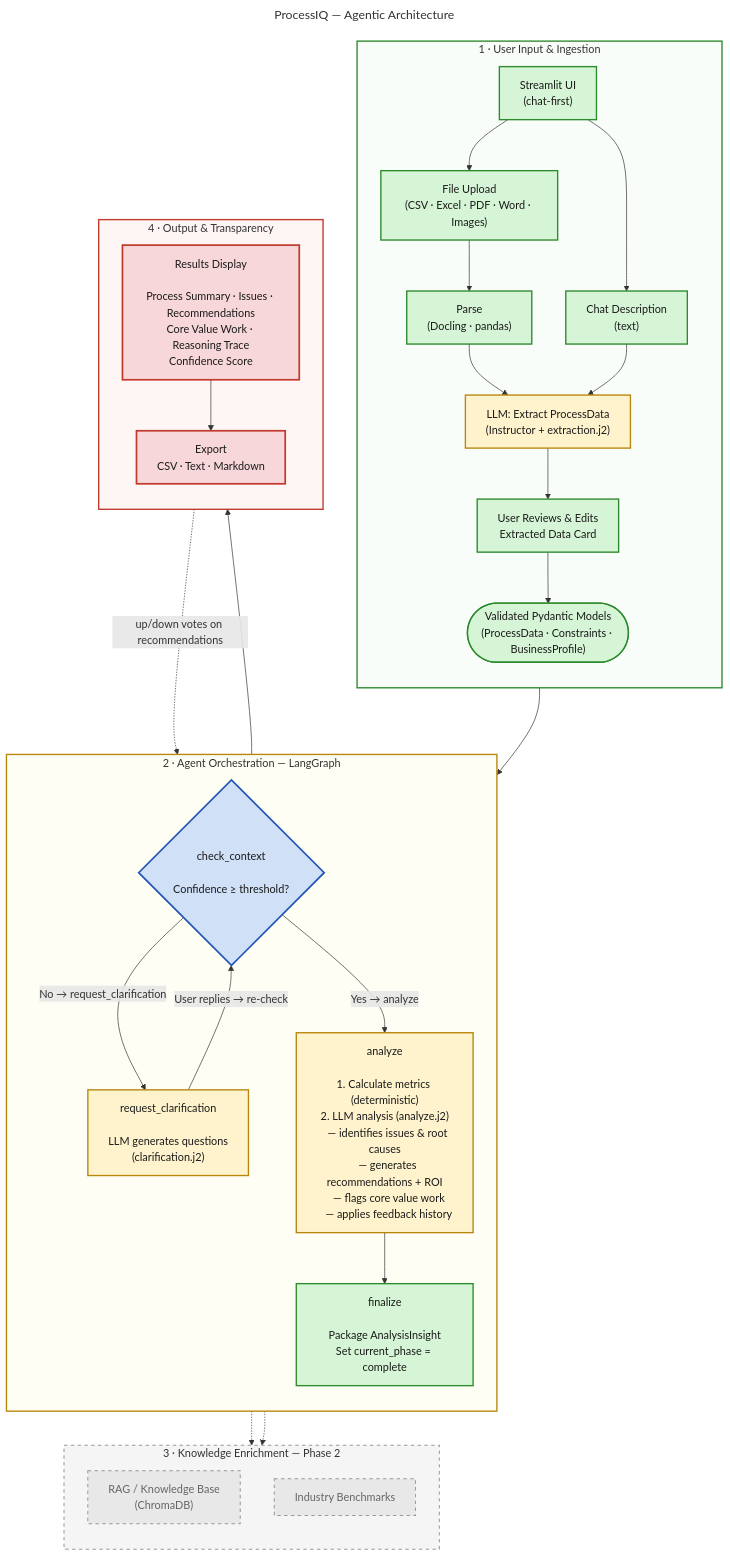
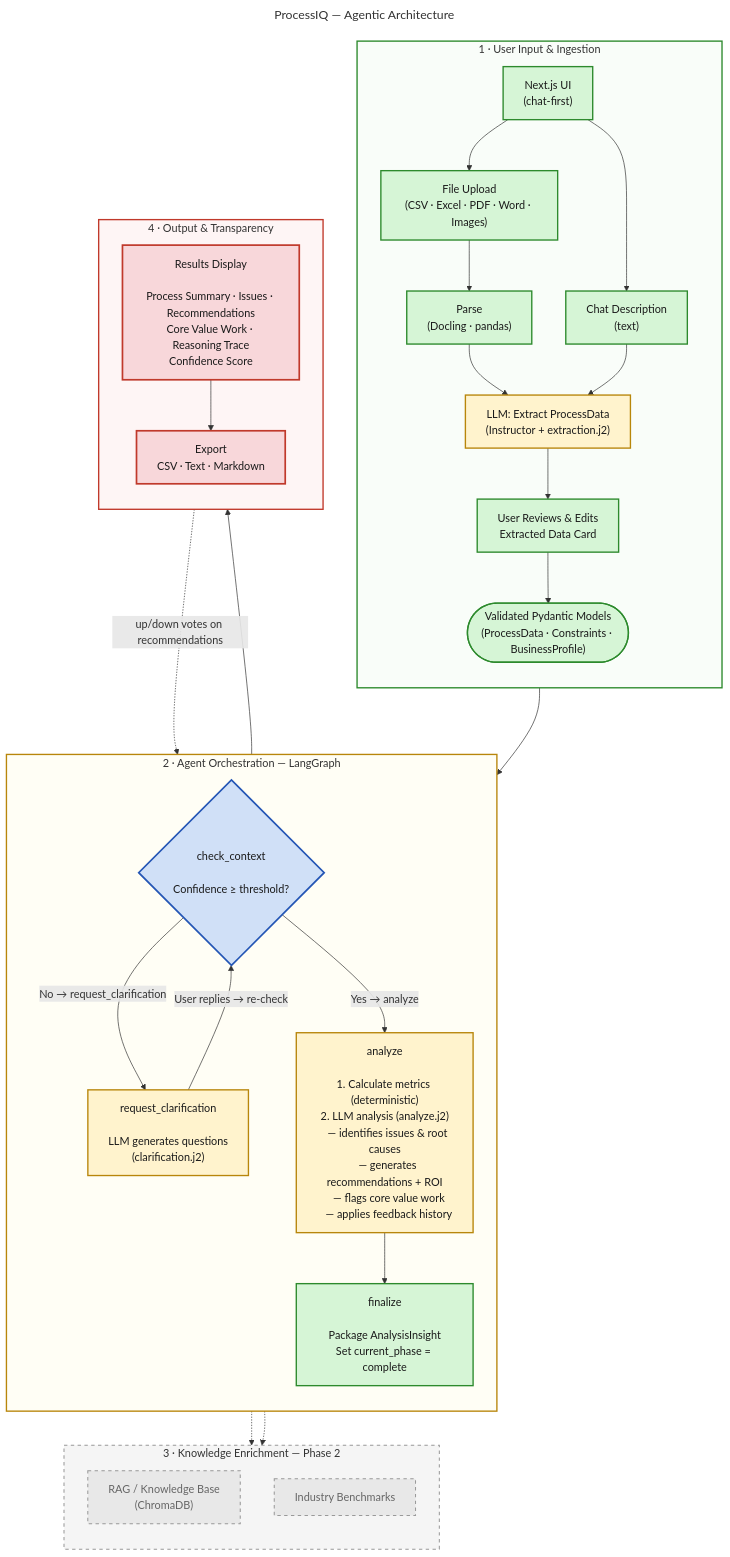
One commit to SkybrushThriftwood/processIQ changed the diagram in docs/architecture_diagram.mmd. Above: the diagram before and after it, drawn with Mermaid. The commit also changed 48 other files, not shown here.

```diff
--- a/docs/architecture_diagram.mmd
+++ b/docs/architecture_diagram.mmd
@@ -1,74 +1,74 @@
 ---
 title: ProcessIQ — Agentic Architecture
 ---
 flowchart TD
     %% Styling
     classDef deterministic fill:#d6f5d6,stroke:#2d8a2d,stroke-width:2px,color:#1a1a1a
     classDef agentic fill:#fff3cd,stroke:#b8860b,stroke-width:2px,color:#1a1a1a
     classDef decision fill:#d0e0f7,stroke:#2456b5,stroke-width:2.5px,color:#1a1a1a
     classDef output fill:#f8d7da,stroke:#c0392b,stroke-width:2.5px,color:#1a1a1a
     classDef phase2 fill:#e8e8e8,stroke:#999,stroke-width:1.5px,stroke-dasharray:5 5,color:#666
 
     %% ── 1. INPUT & INGESTION ──
     subgraph Ingestion ["1 · User Input & Ingestion"]
         direction TB
-        UI["Streamlit UI<br>(chat-first)"]:::deterministic
+        UI["Next.js UI<br>(chat-first)"]:::deterministic
         FILES["File Upload<br>(CSV · Excel · PDF · Word · Images)"]:::deterministic
         CHAT["Chat Description<br>(text)"]:::deterministic
 
         UI --> FILES
         UI --> CHAT
 
         FILES --> PARSE["Parse<br>(Docling · pandas)"]:::deterministic
         PARSE --> EXTRACT
         CHAT --> EXTRACT["LLM: Extract ProcessData<br>(Instructor + extraction.j2)"]:::agentic
         EXTRACT --> REVIEW["User Reviews &amp; Edits<br>Extracted Data Card"]:::deterministic
         REVIEW --> VALID
 
         VALID(["Validated Pydantic Models<br>(ProcessData · Constraints · BusinessProfile)"]):::deterministic
     end
 
     %% ── 2. AGENT CORE (LANGGRAPH) ──
     subgraph Agent ["2 · Agent Orchestration — LangGraph"]
         direction TB
 
         CTX{"check_context<br><br>Confidence ≥ threshold?"}:::decision
         CTX -- "No → request_clarification" --> CLARIFY["request_clarification<br><br>LLM generates questions<br>(clarification.j2)"]:::agentic
         CLARIFY -- "User replies → re-check" --> CTX
 
         CTX -- "Yes → analyze" --> ANALYZE["analyze<br><br>1. Calculate metrics (deterministic)<br>2. LLM analysis (analyze.j2)<br>   — identifies issues &amp; root causes<br>   — generates recommendations + ROI<br>   — flags core value work<br>   — applies feedback history"]:::agentic
 
         ANALYZE --> FINALIZE["finalize<br><br>Package AnalysisInsight<br>Set current_phase = complete"]:::deterministic
     end
 
     %% ── 3. KNOWLEDGE ENRICHMENT (Phase 2) ──
     subgraph Knowledge ["3 · Knowledge Enrichment — Phase 2"]
         direction TB
         RAG["RAG / Knowledge Base<br>(ChromaDB)"]:::phase2
         BENCH["Industry Benchmarks"]:::phase2
     end
 
     %% ── 4. OUTPUT ──
     subgraph Output ["4 · Output & Transparency"]
         direction TB
         RESULT["Results Display<br><br>Process Summary · Issues · Recommendations<br>Core Value Work · Reasoning Trace<br>Confidence Score"]:::output
         EXPORT["Export<br>CSV · Text · Markdown"]:::output
         RESULT --> EXPORT
     end
 
     %% ── Cross-subgraph connections ──
     VALID --> CTX
     FINALIZE --> RESULT
 
     %% Feedback loop (session-scoped)
     EXPORT -. "up/down votes on recommendations" .-> ANALYZE
 
     %% Phase 2
     CLARIFY -.-> RAG
     CLARIFY -.-> BENCH
 
     %% ── Subgraph styling ──
     style Ingestion fill:#f9fdf9,stroke:#2d8a2d,stroke-width:2px
     style Agent fill:#fffef5,stroke:#b8860b,stroke-width:2px
     style Knowledge fill:#f5f5f5,stroke:#999,stroke-width:1.5px,stroke-dasharray:5 5
     style Output fill:#fef5f5,stroke:#c0392b,stroke-width:2px
```
